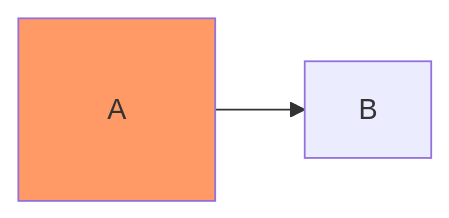
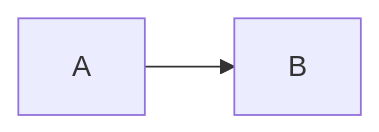
The second of 2 diagrams in index.md (AvinashPudale/pinee), drawn with Mermaid before and after one commit. The commit also changed other lines of this file, not shown here.

```diff
--- a/index.md
+++ b/index.md
@@ -25,5 +26,5 @@
  <div class="mermaid"> 
  graph LR
     A:::someclass --> B
-    classDef someclass fill:#f96,margin:50px;
+    classDef someclass align-self: center;
  </div>
```
